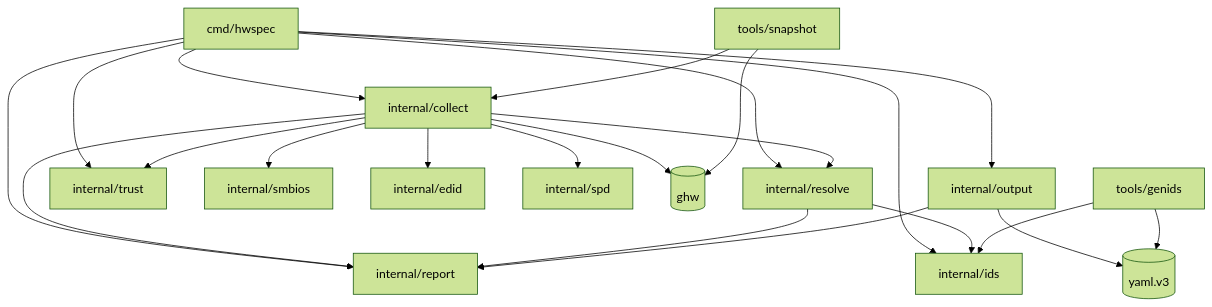
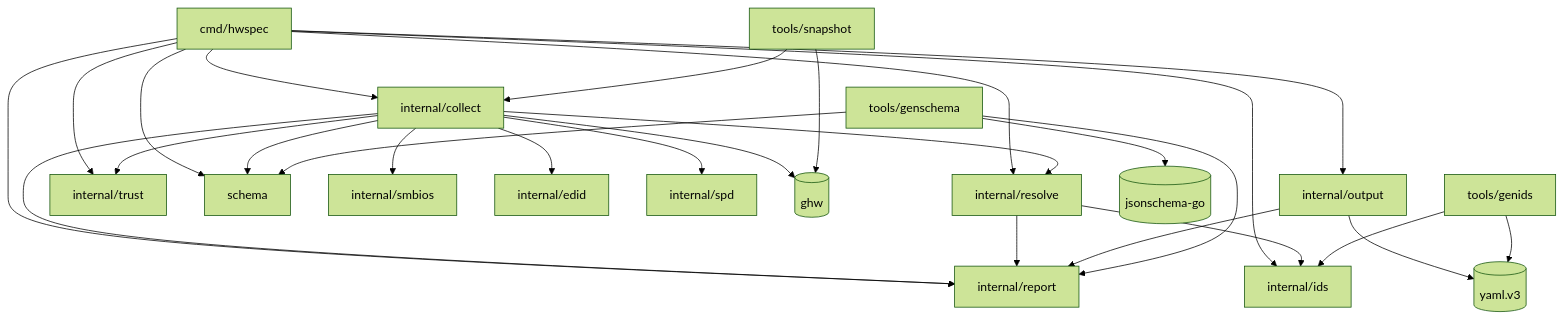
One commit to jiegui2025/hwspec changed the second of 3 diagrams in ARCHITECTURE.md. Above: the diagram before and after it, drawn with Mermaid (forest theme). The commit also changed other lines of this file and 19 other files, not shown here.

````diff
--- a/ARCHITECTURE.md
+++ b/ARCHITECTURE.md
@@ -40,15 +40,17 @@
 ```mermaid
 flowchart TD
-  cmd[cmd/hwspec] --> collect & resolve & output & ids & report & trust
-  collect[internal/collect] --> report & resolve & smbios & edid & spd & trust & ghw[(ghw)]
+  cmd[cmd/hwspec] --> collect & resolve & output & ids & report & trust & schema
+  collect[internal/collect] --> report & resolve & smbios & edid & spd & trust & schema & ghw[(ghw)]
   resolve[internal/resolve] --> ids & report
   output[internal/output] --> report & yaml[(yaml.v3)]
   genids[tools/genids] --> ids & yaml
   snapshot[tools/snapshot] --> collect & ghw
+  genschema[tools/genschema] --> report & schema & jsonschema[(jsonschema-go)]
+  schema[schema]
   ids[internal/ids]
   report[internal/report]
   smbios[internal/smbios]
   edid[internal/edid]
   spd[internal/spd]
   trust[internal/trust]
 ```
````
